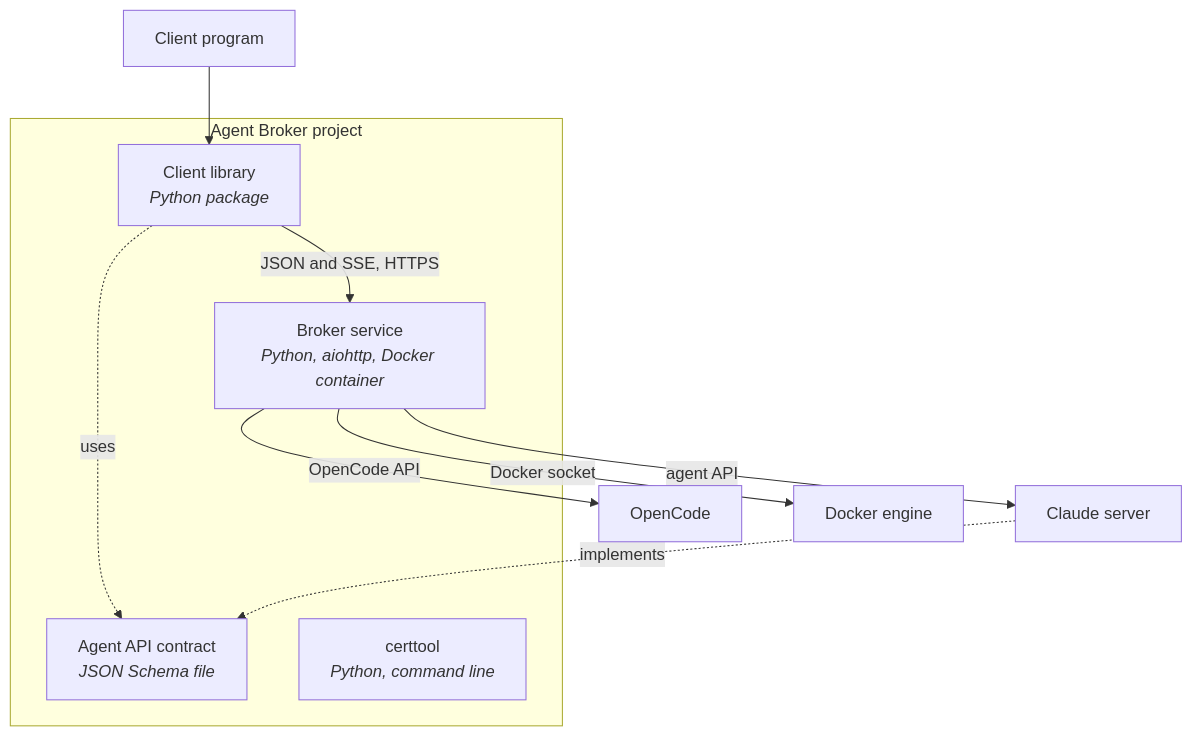
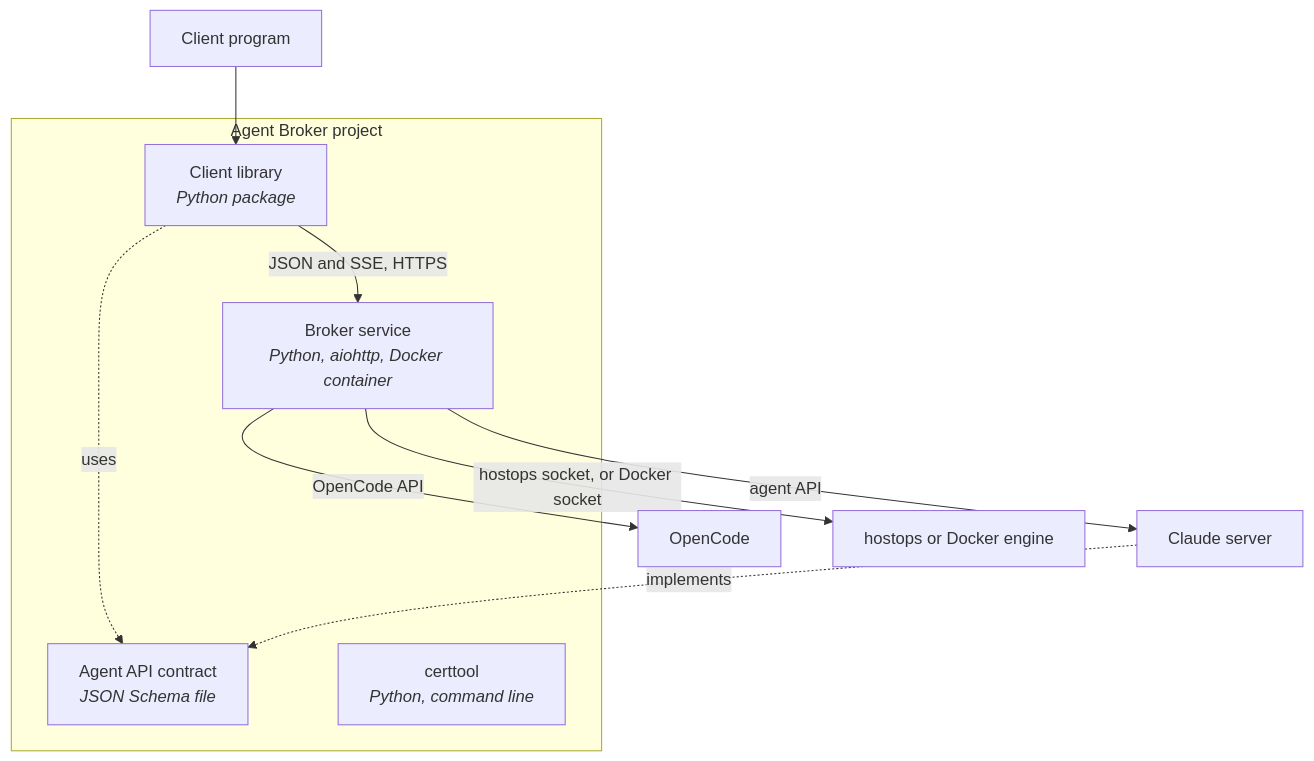
One commit to npstash/gustaw_agent_broker changed the second of 5 diagrams in sdd/DESIGN.md. Above: the diagram before and after it, drawn with Mermaid. The commit also changed other lines of this file and 33 other files, not shown here.

First line of the commit message:
Secrets from vaultkeeper, containers through hostops, no Docker exec; read-only rootfs; no vault entries in the project

````diff
--- a/sdd/DESIGN.md
+++ b/sdd/DESIGN.md
@@ -45,14 +51,14 @@
 ```mermaid
 flowchart TD
     C[Client program] --> L
     subgraph S[Agent Broker project]
         L[Client library<br/><i>Python package</i>] -->|JSON and SSE, HTTPS| B[Broker service<br/><i>Python, aiohttp, Docker container</i>]
         SC[Agent API contract<br/><i>JSON Schema file</i>]
         CT[certtool<br/><i>Python, command line</i>]
     end
     B -->|agent API| A1[Claude server]
     B -->|OpenCode API| A2[OpenCode]
-    B -->|Docker socket| D[Docker engine]
+    B -->|hostops socket, or Docker socket| D[hostops or Docker engine]
     A1 -.->|implements| SC
     L -.->|uses| SC
 ```
````
